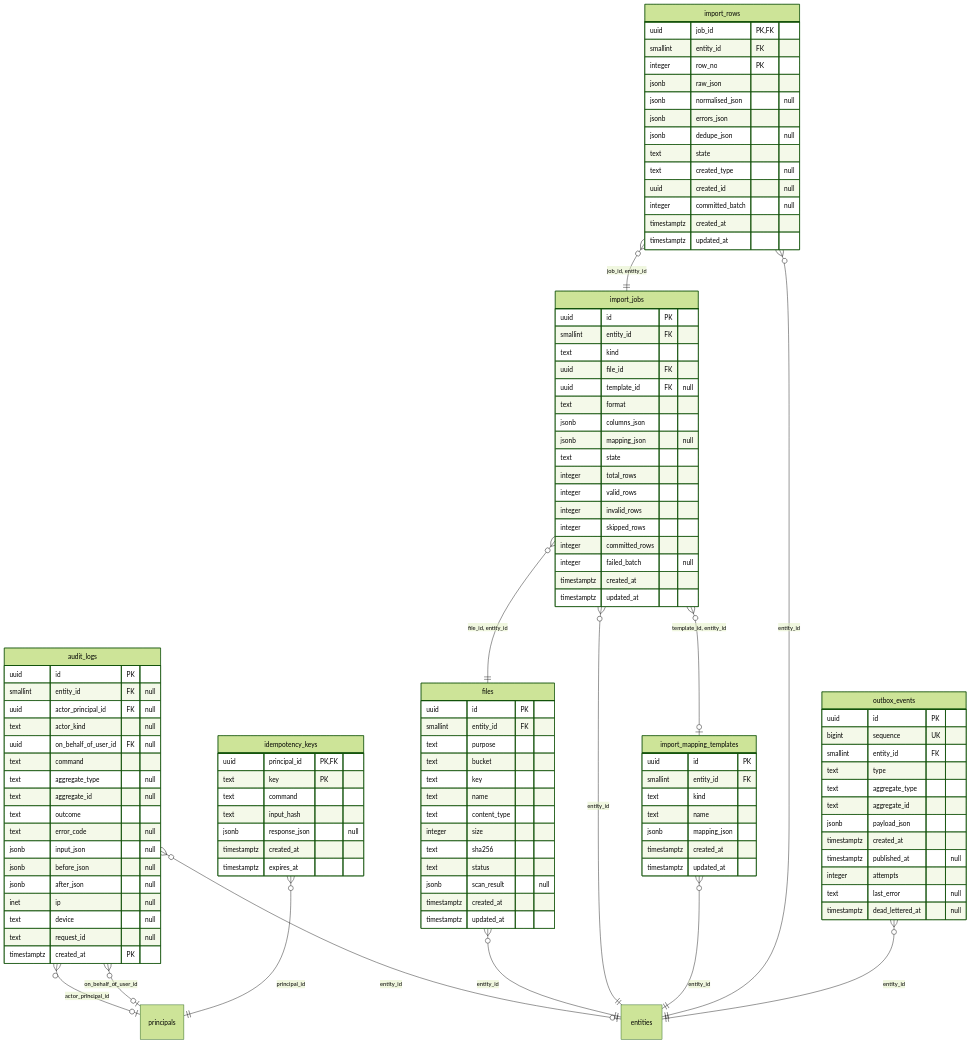
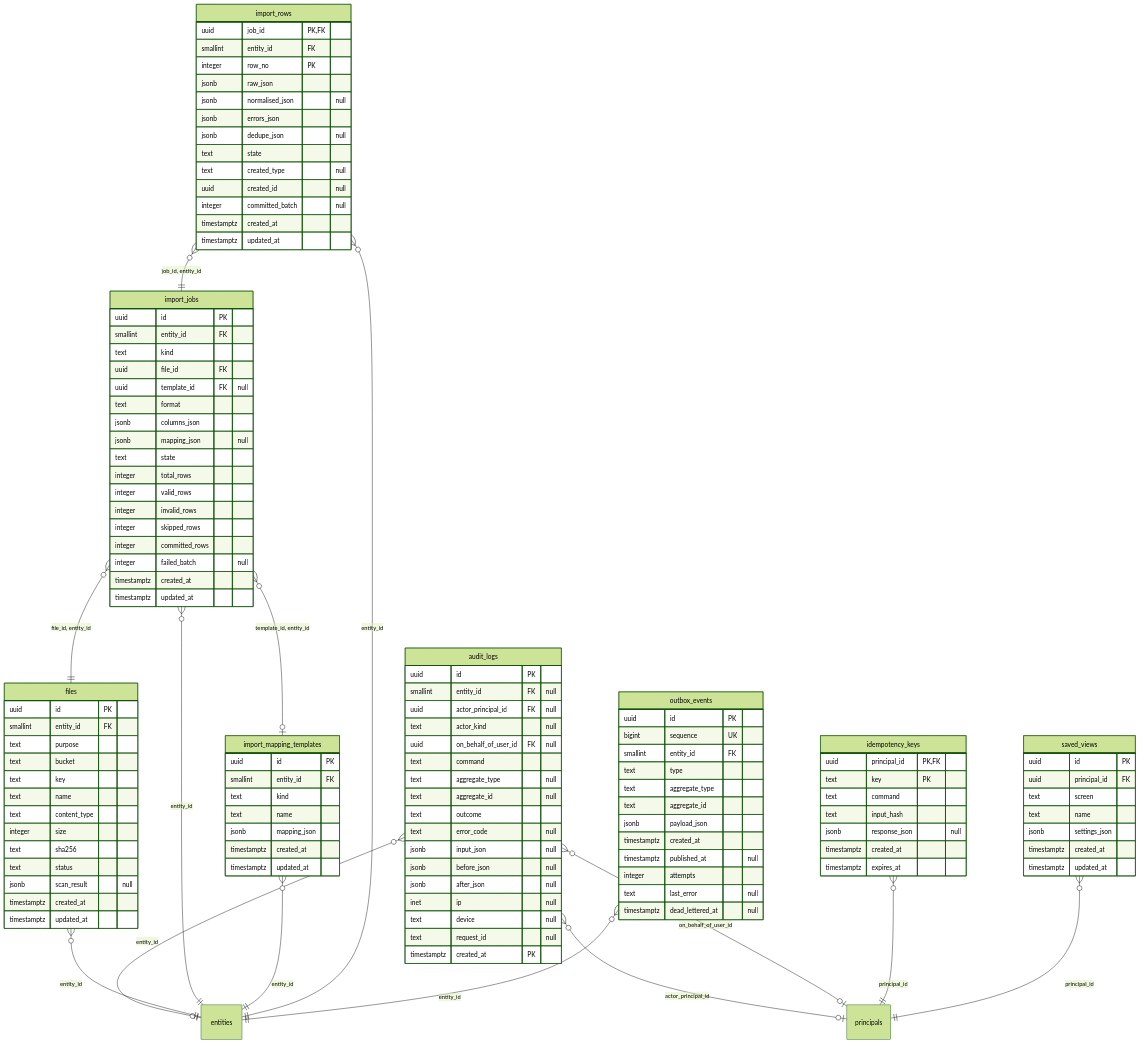
One commit to techaust/shakti_prime changed the fifth of 14 diagrams in docs/data/ERD.md. Above: the diagram before and after it, drawn with Mermaid (forest theme). The commit also changed other lines of this file and 2 other files, not shown here.

Commit message:
docs: saved_views in DATABASE.md and the regenerated data dictionary and ERD

````diff
--- a/docs/data/ERD.md
+++ b/docs/data/ERD.md
@@ -557,6 +557,15 @@
     text last_error "null"
     timestamptz dead_lettered_at "null"
   }
+  saved_views {
+    uuid id PK
+    uuid principal_id FK
+    text screen
+    text name
+    jsonb settings_json
+    timestamptz created_at
+    timestamptz updated_at
+  }
   audit_logs }o--o| principals : "actor_principal_id"
   audit_logs }o--o| entities : "entity_id"
   audit_logs }o--o| principals : "on_behalf_of_user_id"
@@ -569,4 +578,5 @@
   import_rows }o--|| entities : "entity_id"
   import_rows }o--|| import_jobs : "job_id, entity_id"
   outbox_events }o--|| entities : "entity_id"
+  saved_views }o--|| principals : "principal_id"
 ```
````
